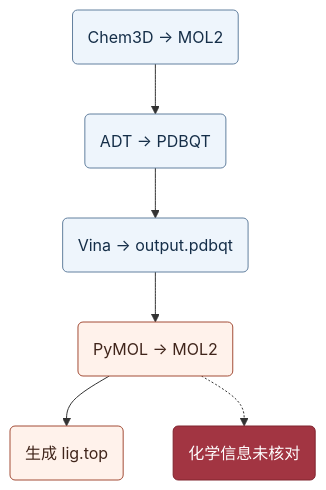
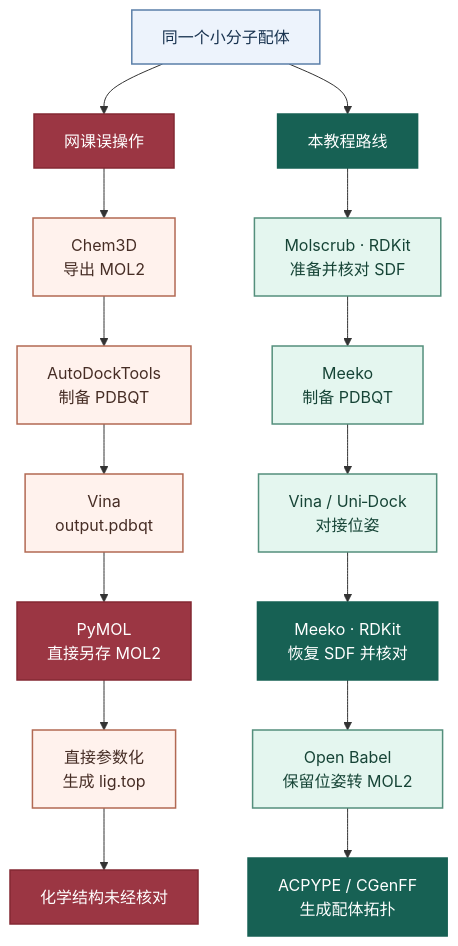
One commit to LuciferBioLab/docking-gromacs-tutorial changed the fifth of 6 diagrams in README.md. Above: the diagram before and after it, drawn with Mermaid. The commit also changed other lines of this file, not shown here.

Commit message:
Show the full toolchain and compare the tutorial shortcut

````diff
--- a/README.md
+++ b/README.md
@@ -168,15 +220,43 @@
 ```mermaid
 flowchart TD
-    Chem3D("Chem3D → MOL2") --> ADT("ADT → PDBQT")
-    ADT --> Vina("Vina → output.pdbqt")
-    Vina --> Save("PyMOL → MOL2")
-    Save --> Top("生成 lig.top")
-    Save -.-> Missing("化学信息未核对")
+    start["同一个小分子配体"]
+    wrong["网课误操作"]
+    right["本教程路线"]
+    w1["`Chem3D
+导出 MOL2`"]
+    r1["`Molscrub · RDKit
+准备并核对 SDF`"]
+    w2["`AutoDockTools
+制备 PDBQT`"]
+    r2["`Meeko
+制备 PDBQT`"]
+    w3["`Vina
+output.pdbqt`"]
+    r3["`Vina / Uni‑Dock
+对接位姿`"]
+    w4["`PyMOL
+直接另存 MOL2`"]
+    r4["`Meeko · RDKit
+恢复 SDF 并核对`"]
+    w5["`直接参数化
+生成 lig.top`"]
+    r5["`Open Babel
+保留位姿转 MOL2`"]
+    w6["化学结构未经核对"]
+    r6["`ACPYPE / CGenFF
+生成配体拓扑`"]
+    start --> wrong & right
+    wrong --> w1 --> w2 --> w3 --> w4 --> w5 --> w6
+    right --> r1 --> r2 --> r3 --> r4 --> r5 --> r6
 
-    classDef prepared fill:#eef5fc,stroke:#63809f,color:#152e48
-    classDef shortcut fill:#fff2eb,stroke:#a34d37,color:#40251b
-    classDef risk fill:#a23542,stroke:#80242e,color:#ffffff
-    class Chem3D,ADT,Vina prepared
-    class Save,Top shortcut
-    class Missing risk
+    classDef source fill:#edf3fc,stroke:#5b7fa9,color:#18324f,stroke-width:1.5px
+    classDef legacy fill:#fff2ed,stroke:#b26953,color:#462d25,stroke-width:1.5px
+    classDef reviewed fill:#e4f6ef,stroke:#548f7c,color:#164436,stroke-width:1.5px
+    classDef risk fill:#9b3643,stroke:#842933,color:#ffffff,stroke-width:1.5px
+    classDef approved fill:#176154,stroke:#176154,color:#ffffff,stroke-width:1.5px
+    class start source
+    class w1,w2,w3,w5 legacy
+    class r1,r2,r3,r5 reviewed
+    class wrong,w4,w6 risk
+    class right,r4,r6 approved
 ```
````
